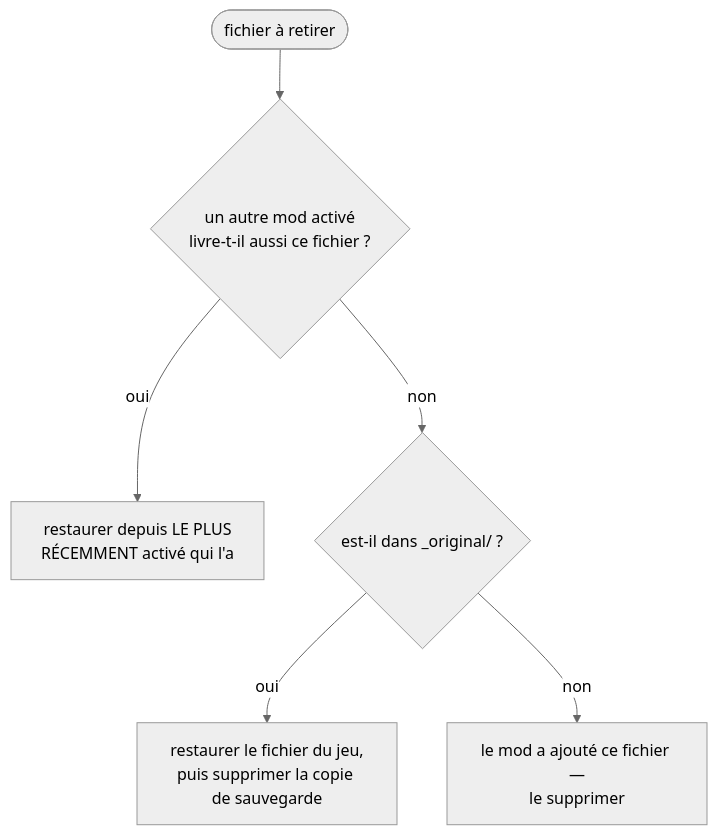
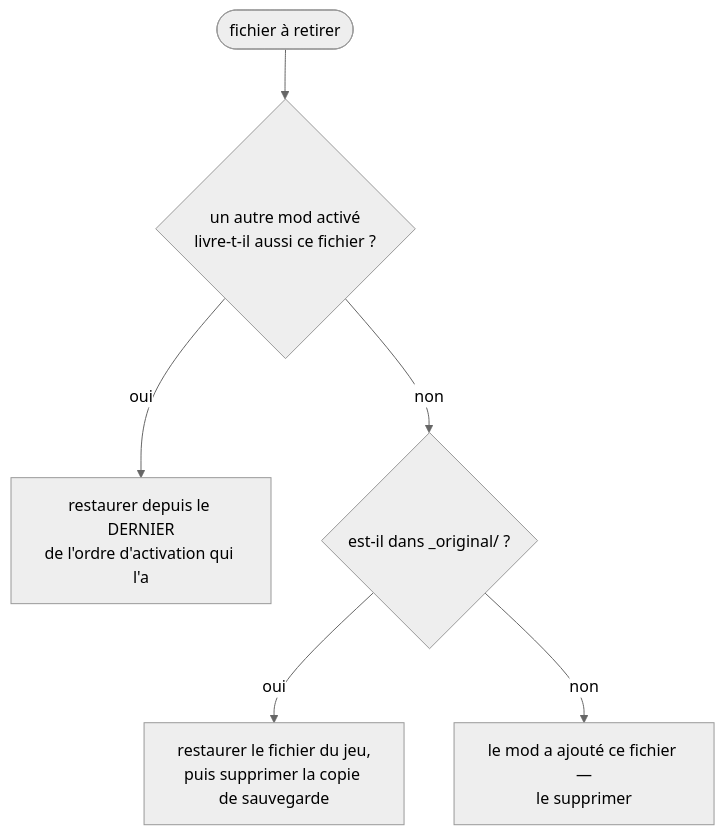
One commit to FreeProject089/BetterModsManager changed the fourth of 4 diagrams in frontend/assets/docs/fr/how-it-works/conflicts.md. Above: the diagram before and after it, drawn with Mermaid (neutral theme). The commit also changed other lines of this file and 192 other files, not shown here.

````diff
--- a/frontend/assets/docs/fr/how-it-works/conflicts.md
+++ b/frontend/assets/docs/fr/how-it-works/conflicts.md
@@ -108,8 +110,8 @@
 ```mermaid
 flowchart TB
     REM(["fichier à retirer"]) --> OTHER{"un autre mod activé<br/>livre-t-il aussi ce fichier ?"}
-    OTHER -- oui --> FROMMOD["restaurer depuis LE PLUS<br/>RÉCEMMENT activé qui l'a"]
+    OTHER -- oui --> FROMMOD["restaurer depuis le DERNIER<br/>de l'ordre d'activation qui l'a"]
     OTHER -- non --> ORIG{"est-il dans _original/ ?"}
     ORIG -- oui --> FROMORIG["restaurer le fichier du jeu,<br/>puis supprimer la copie de sauvegarde"]
     ORIG -- non --> DEL["le mod a ajouté ce fichier —<br/>le supprimer"]
 ```
````
